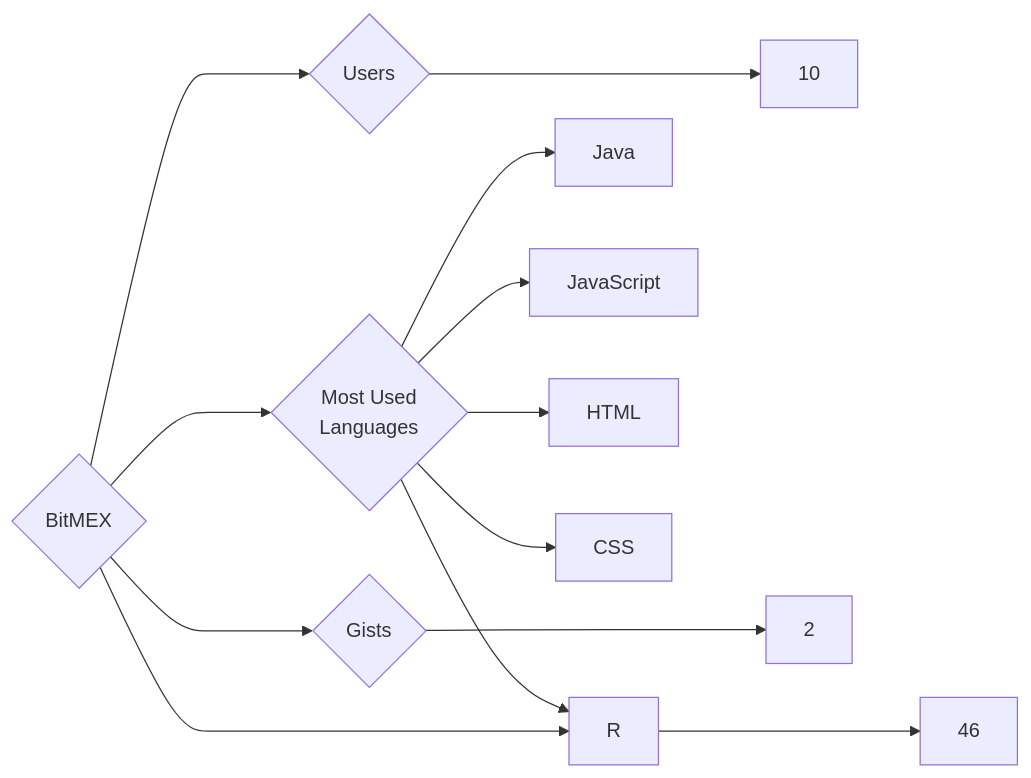
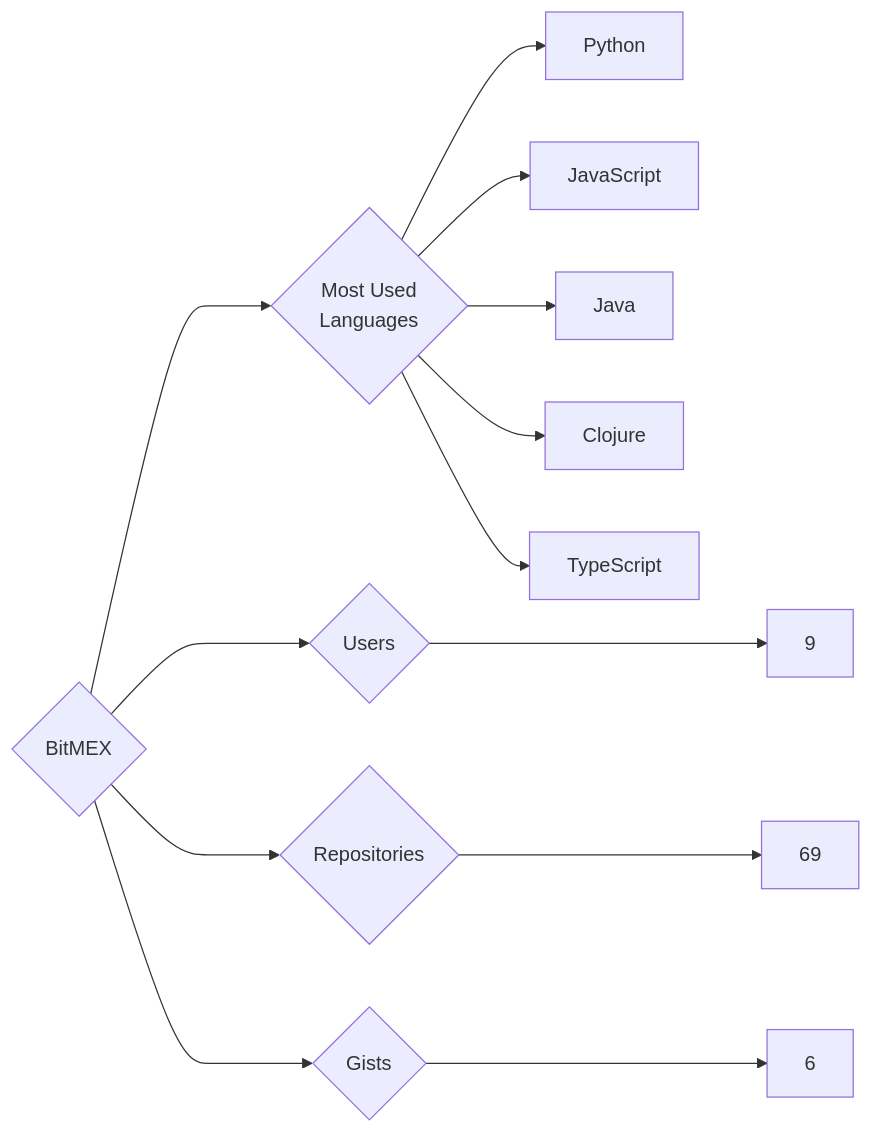
One commit to trickest/insiders changed the diagram in targets/BitMEX/README.md. Above: the diagram before and after it, drawn with Mermaid. The commit also changed 783 other files, not shown here.

````diff
--- a/targets/BitMEX/README.md
+++ b/targets/BitMEX/README.md
@@ -3,13 +3,13 @@
 ```mermaid
 graph LR
 COMPANY_NAME{BitMEX}
-COMPANY_NAME ---> U{Users} ---> UN[10]
-COMPANY_NAME ---> R{Repositories} ---> RN[46]
-COMPANY_NAME ---> G{Gists} ---> GN[2]
+COMPANY_NAME ---> U{Users} ---> UN[9]
+COMPANY_NAME ---> R{Repositories} ---> RN[69]
+COMPANY_NAME ---> G{Gists} ---> GN[6]
 COMPANY_NAME ---> ML{Most Used<br>Languages}
+ML --> Python[Python]
+ML --> JavaScript[JavaScript]
 ML --> Java[Java]
-ML --> JavaScript[JavaScript]
-ML --> HTML[HTML]
-ML --> CSS[CSS]
-ML --> R[R]
+ML --> Clojure[Clojure]
+ML --> TypeScript[TypeScript]
 ```
````
